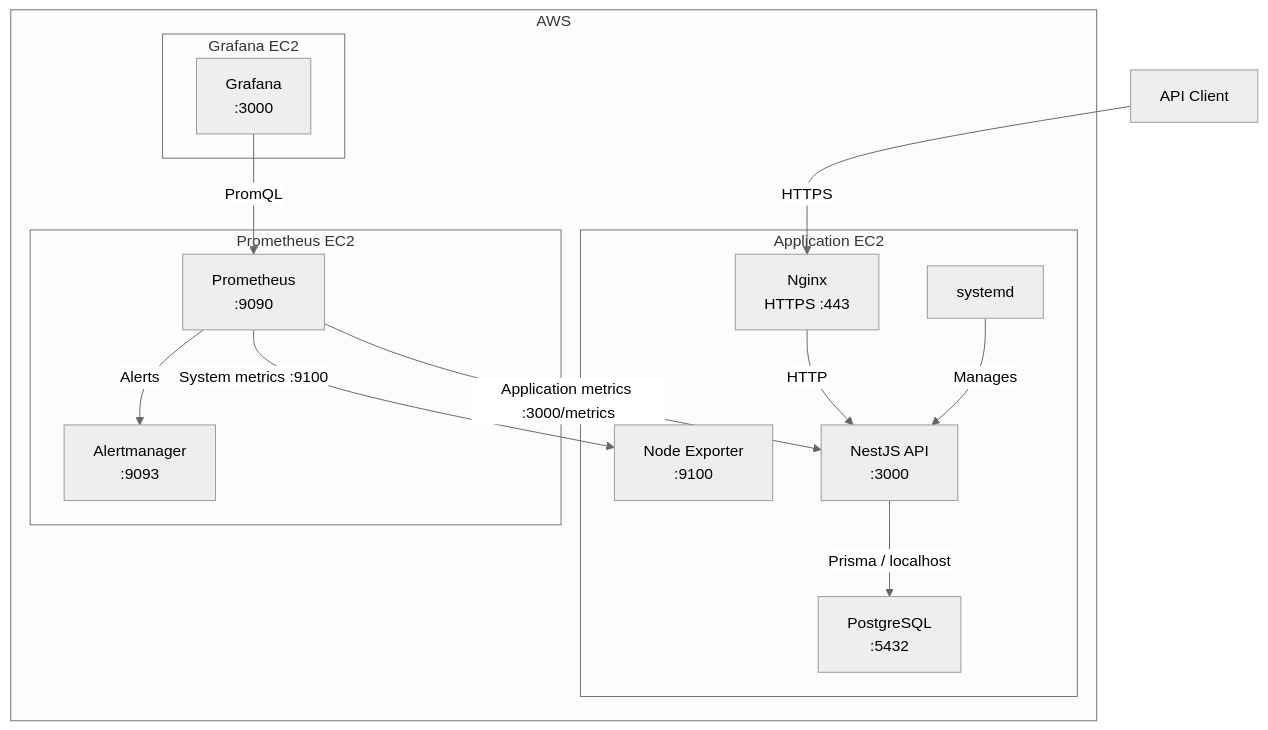
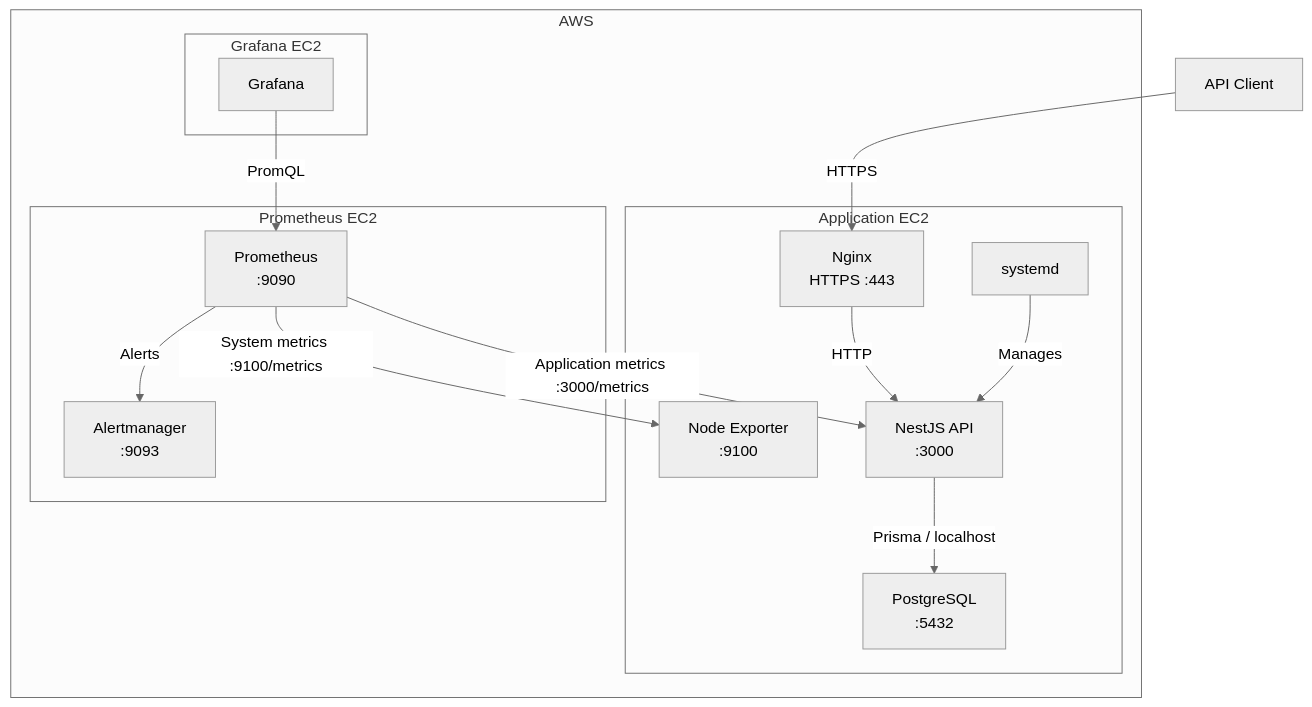
The diagram in README.md (Val242/TaskFlow), drawn with Mermaid (neutral theme) before and after one commit. The commit also changed other lines of this file, not shown here.

````diff
--- a/README.md
+++ b/README.md
@@ -67,37 +69,35 @@
 ```mermaid
 flowchart TD
-
     USER["API Client"]
 
     subgraph AWS["AWS"]
-
         subgraph APP["Application EC2"]
             NGINX["Nginx<br/>HTTPS :443"]
             API["NestJS API<br/>:3000"]
             DB["PostgreSQL<br/>:5432"]
             SYSTEMD["systemd"]
             NODE["Node Exporter<br/>:9100"]
         end
 
         subgraph PROM["Prometheus EC2"]
             PROMETHEUS["Prometheus<br/>:9090"]
             ALERTMANAGER["Alertmanager<br/>:9093"]
         end
 
         subgraph GRAFANA["Grafana EC2"]
-            GRAFANA_APP["Grafana<br/>:3000"]
+            GRAFANA_APP["Grafana"]
         end
     end
 
     USER -->|"HTTPS"| NGINX
     NGINX -->|"HTTP"| API
     API -->|"Prisma / localhost"| DB
 
     PROMETHEUS -->|"Application metrics :3000/metrics"| API
-    PROMETHEUS -->|"System metrics :9100"| NODE
+    PROMETHEUS -->|"System metrics :9100/metrics"| NODE
 
     GRAFANA_APP -->|"PromQL"| PROMETHEUS
     PROMETHEUS -->|"Alerts"| ALERTMANAGER
 
     SYSTEMD -->|"Manages"| API
 ```
````
